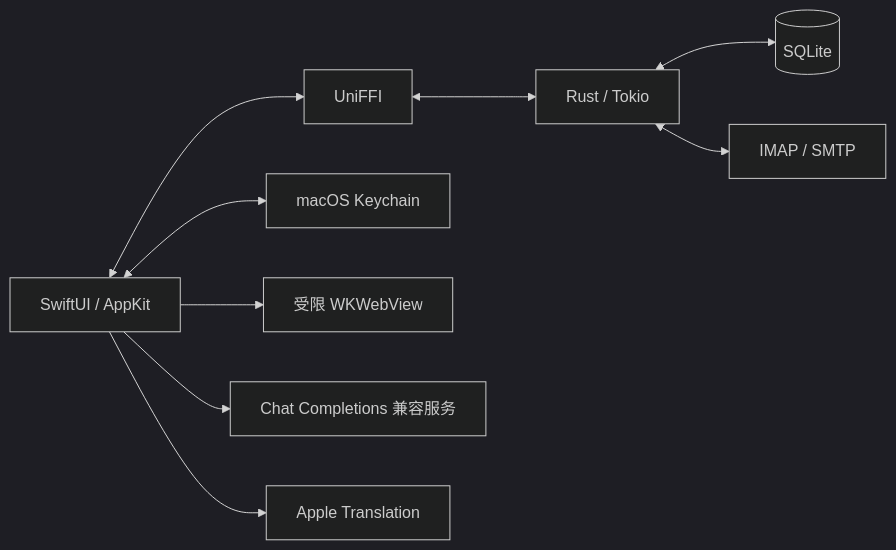
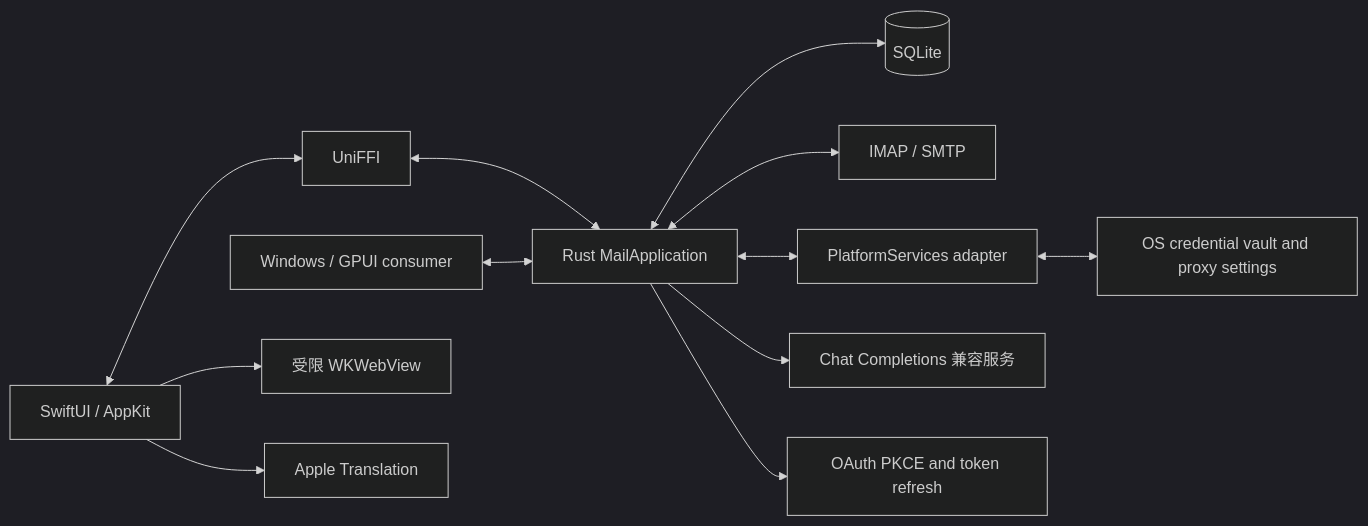
Before and after one commit to baileyh8/lightmail: the diagram in docs/architecture.md, drawn with Mermaid (dark theme). The commit also changed other lines of this file and 31 other files, not shown here.

Commit message:
refactor: move shared mail workflows into Rust services

````diff
--- a/docs/architecture.md
+++ b/docs/architecture.md
@@ -5,11 +5,14 @@
 ```mermaid
 flowchart LR
     UI[SwiftUI / AppKit] <--> FFI[UniFFI]
-    FFI <--> Core[Rust / Tokio]
+    FFI <--> Core[Rust MailApplication]
+    Windows[Windows / GPUI consumer] <--> Core
     Core <--> DB[(SQLite)]
     Core <--> Mail[IMAP / SMTP]
-    UI <--> Keychain[macOS Keychain]
+    Core <--> Platform[PlatformServices adapter]
+    Platform <--> Keychain[OS credential vault and proxy settings]
     UI --> Reader[受限 WKWebView]
-    UI --> LLM[Chat Completions 兼容服务]
+    Core --> LLM[Chat Completions 兼容服务]
+    Core --> OAuth[OAuth PKCE and token refresh]
     UI --> Translation[Apple Translation]
 ```
````
